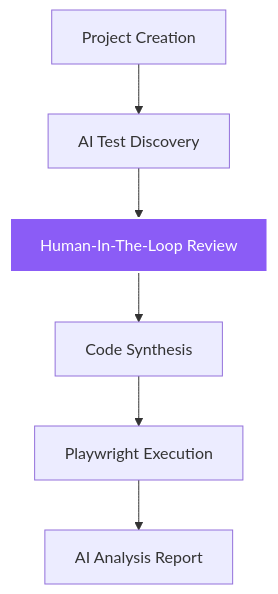
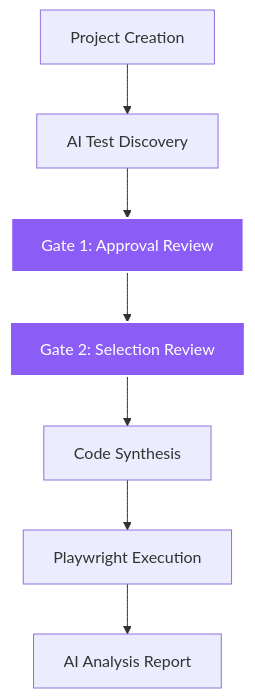
Before and after one commit to abhirupgleecus/TestMaster-AI: the diagram in README.md, drawn with Mermaid. The commit also changed other lines of this file and 9 other files, not shown here.

Commit message:
Added a 2 step gate to HITL review so that an approval functionality exists for the testcases generated

````diff
--- a/README.md
+++ b/README.md
@@ -19,10 +18,12 @@
 ```mermaid
 graph TD
     A[Project Creation] --> B[AI Test Discovery]
-    B --> C[Human-In-The-Loop Review]
-    C --> D[Code Synthesis]
+    B --> C1[Gate 1: Approval Review]
+    C1 --> C2[Gate 2: Selection Review]
+    C2 --> D[Code Synthesis]
     D --> E[Playwright Execution]
     E --> F[AI Analysis Report]
     
-    style C fill:#8B5CF6,stroke:#fff,stroke-width:2px,color:#fff
+    style C1 fill:#8B5CF6,stroke:#fff,stroke-width:2px,color:#fff
+    style C2 fill:#8B5CF6,stroke:#fff,stroke-width:2px,color:#fff
 ```
````
